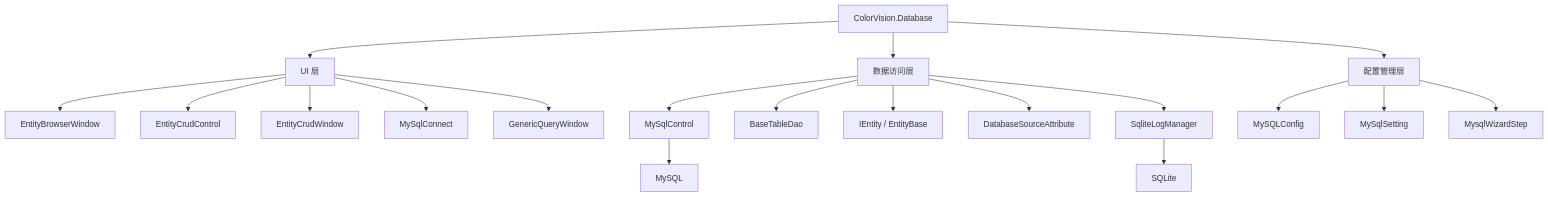
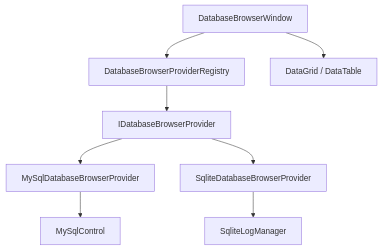
One commit to xincheng213618/scgd_general_wpf changed the diagram in docs/04-api-reference/ui-components/ColorVision.Database.md. Above: the diagram before and after it, drawn with Mermaid. The commit also changed other lines of this file and 40 other files, not shown here.

````diff
--- a/docs/04-api-reference/ui-components/ColorVision.Database.md
+++ b/docs/04-api-reference/ui-components/ColorVision.Database.md
@@ -59,25 +18,10 @@
 ```mermaid
 graph TD
-    A[ColorVision.Database] --> B[UI 层]
-    A --> C[数据访问层]
-    A --> D[配置管理层]
-
-    B --> B1[EntityBrowserWindow]
-    B --> B2[EntityCrudControl]
-    B --> B3[EntityCrudWindow]
-    B --> B4[MySqlConnect]
-    B --> B5[GenericQueryWindow]
-
-    C --> C1[MySqlControl]
-    C --> C2[BaseTableDao]
-    C --> C3[IEntity / EntityBase]
-    C --> C4[DatabaseSourceAttribute]
-    C --> C5[SqliteLogManager]
-
-    D --> D1[MySQLConfig]
-    D --> D2[MySqlSetting]
-    D --> D3[MysqlWizardStep]
-
-    C1 --> E[MySQL]
-    C5 --> F[SQLite]
+    A[DatabaseBrowserWindow] --> B[DatabaseBrowserProviderRegistry]
+    B --> C[IDatabaseBrowserProvider]
+    C --> D[MySqlDatabaseBrowserProvider]
+    C --> E[SqliteDatabaseBrowserProvider]
+    D --> F[MySqlControl]
+    E --> G[SqliteLogManager]
+    A --> H[DataGrid / DataTable]
 ```
````
